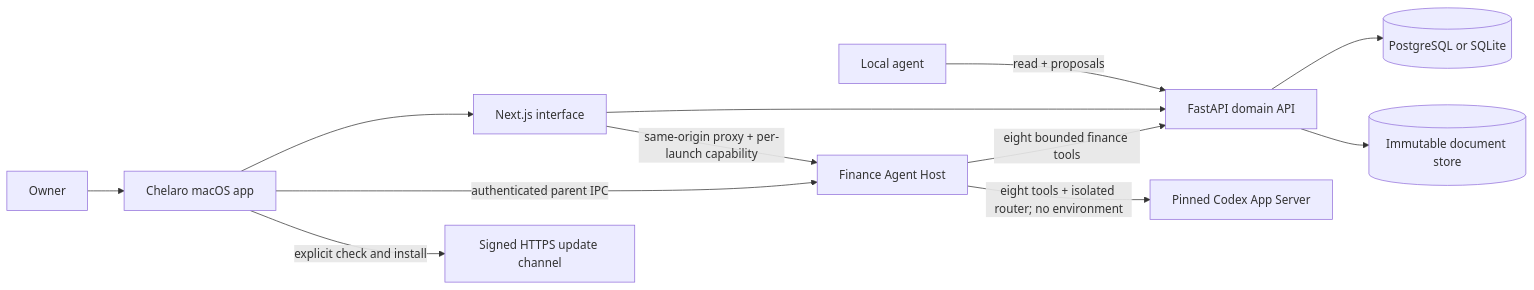
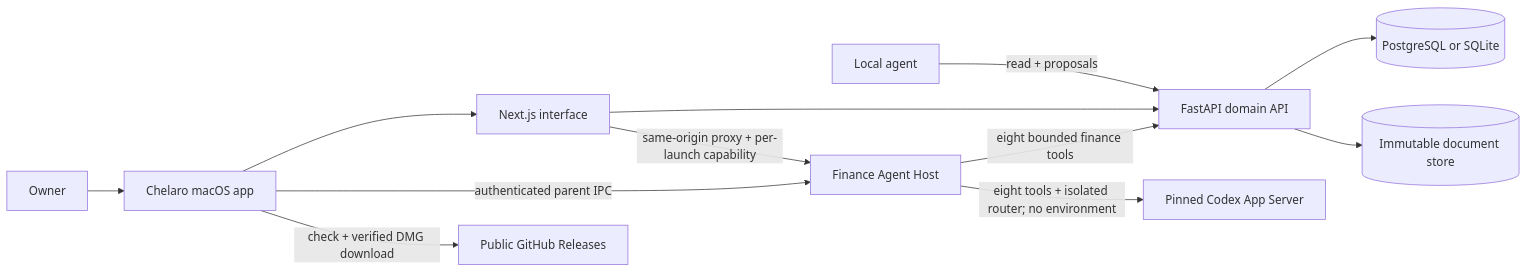
One commit to ChrBoebel/chelaro changed the first of 2 diagrams in docs/architecture/ARCHITECTURE.md. Above: the diagram before and after it, drawn with Mermaid. The commit also changed other lines of this file and 28 other files, not shown here.

First line of the commit message:
feat(desktop): add free verified GitHub update flow (#11)

````diff
--- a/docs/architecture/ARCHITECTURE.md
+++ b/docs/architecture/ARCHITECTURE.md
@@ -11,14 +11,14 @@
 ```mermaid
 flowchart LR
     Owner[Owner] --> Desktop[Chelaro macOS app]
     Desktop --> Web[Next.js interface]
     Web --> API[FastAPI domain API]
     LocalAgent[Local agent] -->|read + proposals| API
     Desktop -->|authenticated parent IPC| AgentHost[Finance Agent Host]
     Web -->|same-origin proxy + per-launch capability| AgentHost
     AgentHost -->|eight bounded finance tools| API
     AgentHost -->|eight tools + isolated router; no environment| Codex[Pinned Codex App Server]
     API --> DB[(PostgreSQL or SQLite)]
     API --> Originals[(Immutable document store)]
-    Desktop -->|explicit check and install| Updates[Signed HTTPS update channel]
+    Desktop -->|check + verified DMG download| Updates[Public GitHub Releases]
 ```
````
